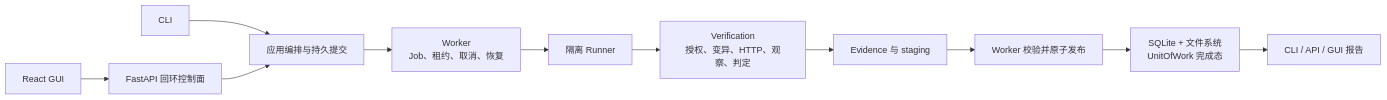
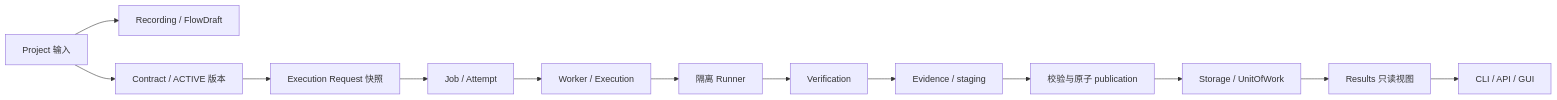
The diagram in docs/架构说明.md (chunzhong06/jiejian), drawn with Mermaid before and after one commit. The commit also changed other lines of this file and 317 other files, not shown here.

````diff
--- a/docs/架构说明.md
+++ b/docs/架构说明.md
@@ -7,13 +5,15 @@
 ```mermaid
 flowchart LR
-    CLI["CLI"] --> Submit["应用编排与持久提交"]
-    GUI["React GUI"] --> API["FastAPI 回环控制面"]
-    API --> Submit
-    Submit --> Worker["Worker<br/>Job、租约、取消、恢复"]
+    Project["Project 输入"] --> Recording["Recording / FlowDraft"]
+    Project --> Contract["Contract / ACTIVE 版本"]
+    Contract --> Request["Execution Request 快照"]
+    Request --> Job["Job / Attempt"]
+    Job --> Worker["Worker / Execution"]
     Worker --> Runner["隔离 Runner"]
-    Runner --> Verify["Verification<br/>授权、变异、HTTP、观察、判定"]
-    Verify --> Evidence["Evidence 与 staging"]
-    Evidence --> Publish["Worker 校验并原子发布"]
-    Publish --> Store["SQLite + 文件系统<br/>UnitOfWork 完成态"]
-    Store --> Output["CLI / API / GUI 报告"]
+    Runner --> Verification["Verification"]
+    Verification --> Evidence["Evidence / staging"]
+    Evidence --> Publication["校验与原子 publication"]
+    Publication --> Storage["Storage / UnitOfWork"]
+    Storage --> Results["Results 只读视图"]
+    Results --> Clients["CLI / API / GUI"]
 ```
````
